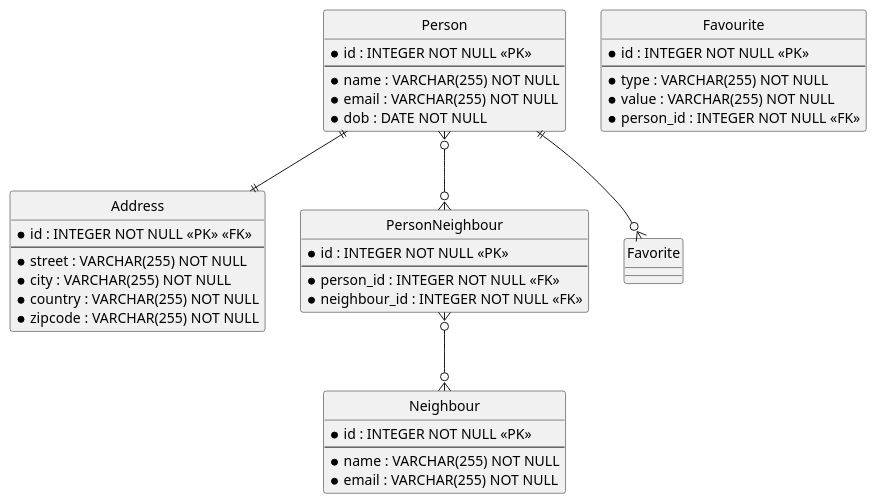
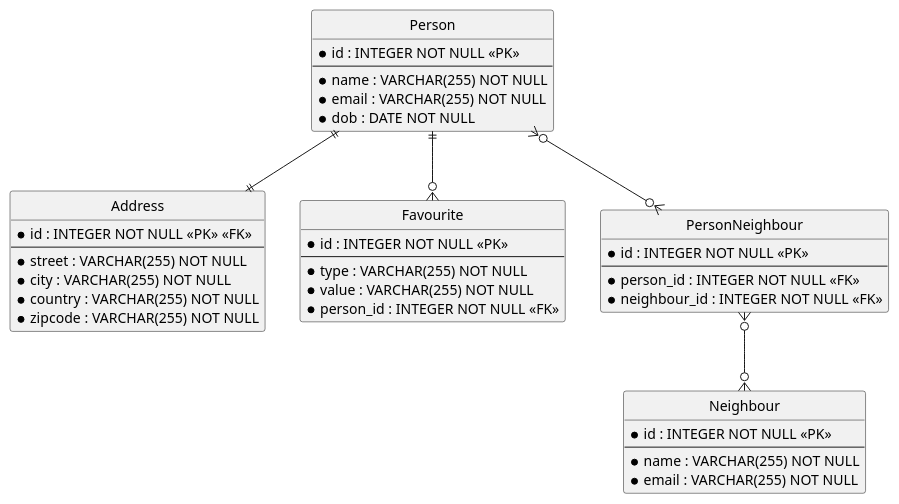
Before and after one commit to sudefidan/Advanced_Database: the diagram in Assessment/TASK1/2NF_3NF.plantuml, drawn with PlantUML. The commit also changed 22 other files, not shown here.

```diff
--- a/Assessment/TASK1/2NF_3NF.plantuml
+++ b/Assessment/TASK1/2NF_3NF.plantuml
@@ -1,49 +1,49 @@
 @startuml ER Diagram
 
 hide circle
 
 entity "Person" {
   * id : INTEGER NOT NULL <<PK>>
   --
   * name : VARCHAR(255) NOT NULL
   * email : VARCHAR(255) NOT NULL
   * dob : DATE NOT NULL
 }
 
 entity "Address" {
   * id : INTEGER NOT NULL <<PK>> <<FK>>
   --
   * street : VARCHAR(255) NOT NULL
   * city : VARCHAR(255) NOT NULL
   * country : VARCHAR(255) NOT NULL
   * zipcode : VARCHAR(255) NOT NULL
 }
 
 entity "Favourite" {
   * id : INTEGER NOT NULL <<PK>>
   --
   * type : VARCHAR(255) NOT NULL
   * value : VARCHAR(255) NOT NULL
   * person_id : INTEGER NOT NULL <<FK>>
 }
 
 entity "PersonNeighbour" {
   * id : INTEGER NOT NULL <<PK>>
   --
   * person_id : INTEGER NOT NULL <<FK>>
   * neighbour_id : INTEGER NOT NULL <<FK>>
 }
 
 entity "Neighbour" {
   * id : INTEGER NOT NULL <<PK>>
   --
   * name : VARCHAR(255) NOT NULL
   * email : VARCHAR(255) NOT NULL
 }
 
-Person ||--o{ Favorite
+Person ||--o{ Favourite
 Person ||--|| Address
 
 Person }o--o{ PersonNeighbour
 PersonNeighbour }o--o{ Neighbour
 @enduml
```
